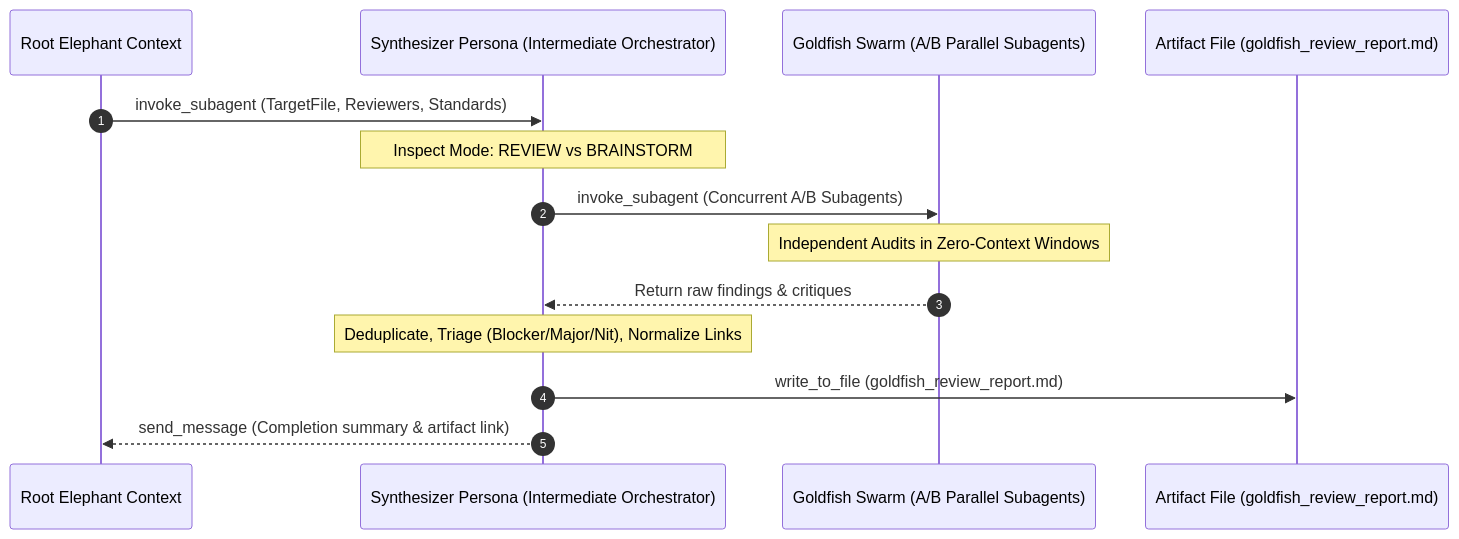
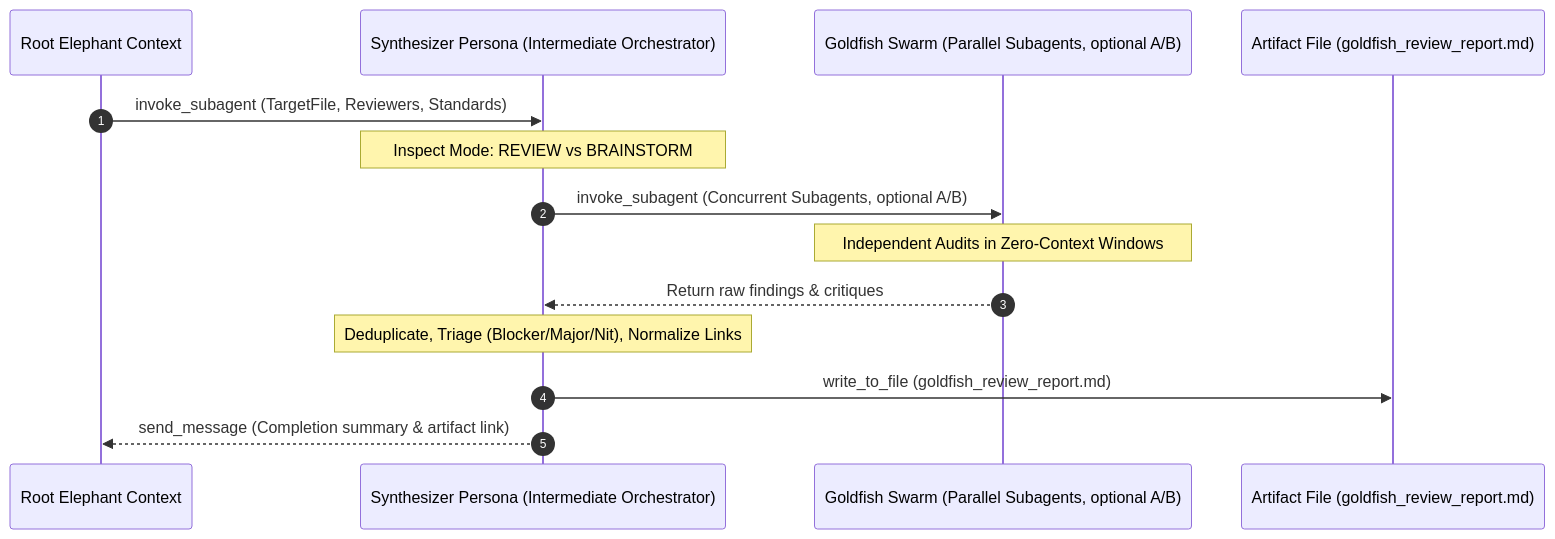
One commit to google/elephant-goldfish-model changed the diagram in docs/designs/synthesizer.md. Above: the diagram before and after it, drawn with Mermaid. The commit also changed other lines of this file and 2 other files, not shown here.

````diff
--- a/docs/designs/synthesizer.md
+++ b/docs/designs/synthesizer.md
@@ -37,17 +37,17 @@
 ```mermaid
 sequenceDiagram
     autonumber
     participant Elephant as Root Elephant Context
     participant Synth as Synthesizer Persona (Intermediate Orchestrator)
-    participant Swarm as Goldfish Swarm (A/B Parallel Subagents)
+    participant Swarm as Goldfish Swarm (Parallel Subagents, optional A/B)
     participant Artifact as Artifact File (goldfish_review_report.md)
 
     Elephant->>Synth: invoke_subagent (TargetFile, Reviewers, Standards)
     Note over Synth: Inspect Mode: REVIEW vs BRAINSTORM
-    Synth->>Swarm: invoke_subagent (Concurrent A/B Subagents)
+    Synth->>Swarm: invoke_subagent (Concurrent Subagents, optional A/B)
     Note over Swarm: Independent Audits in Zero-Context Windows
     Swarm-->>Synth: Return raw findings & critiques
     Note over Synth: Deduplicate, Triage (Blocker/Major/Nit), Normalize Links
     Synth->>Artifact: write_to_file (goldfish_review_report.md)
     Synth-->>Elephant: send_message (Completion summary & artifact link)
 ```
````
